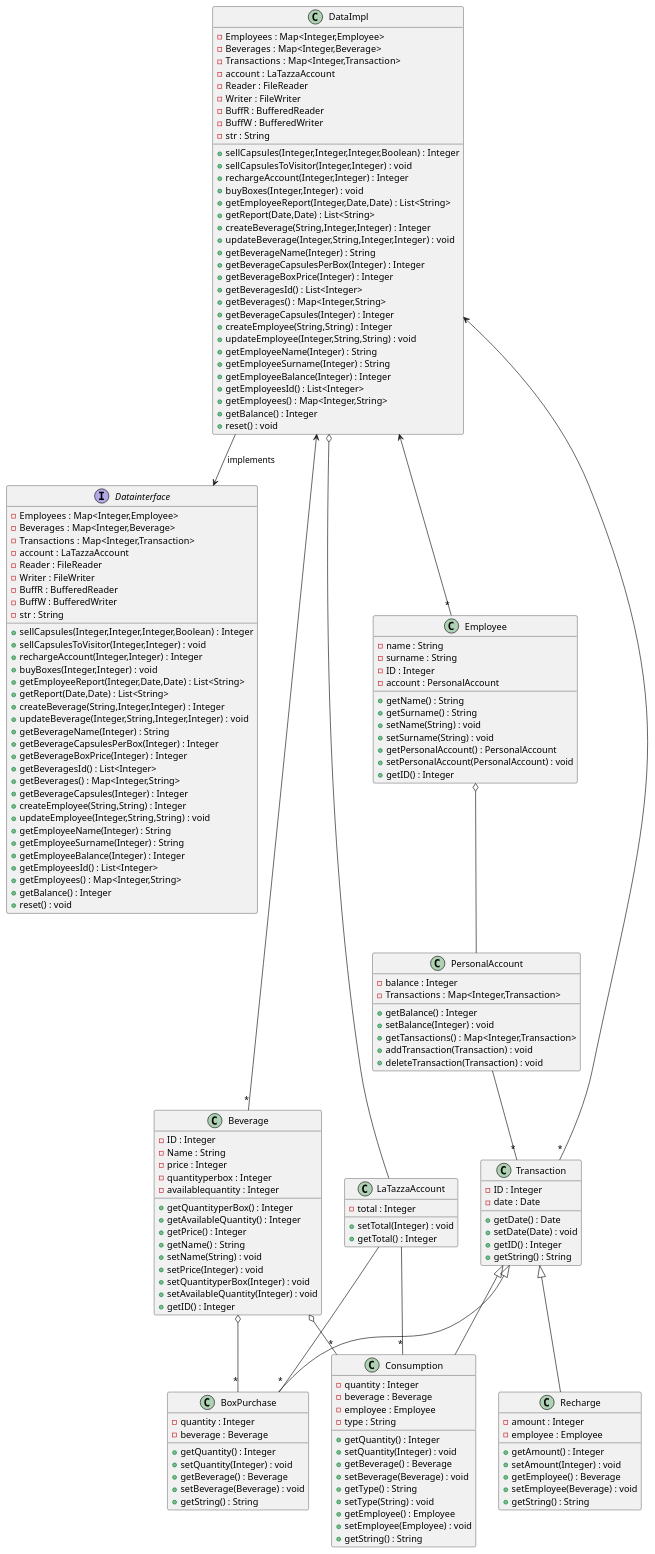
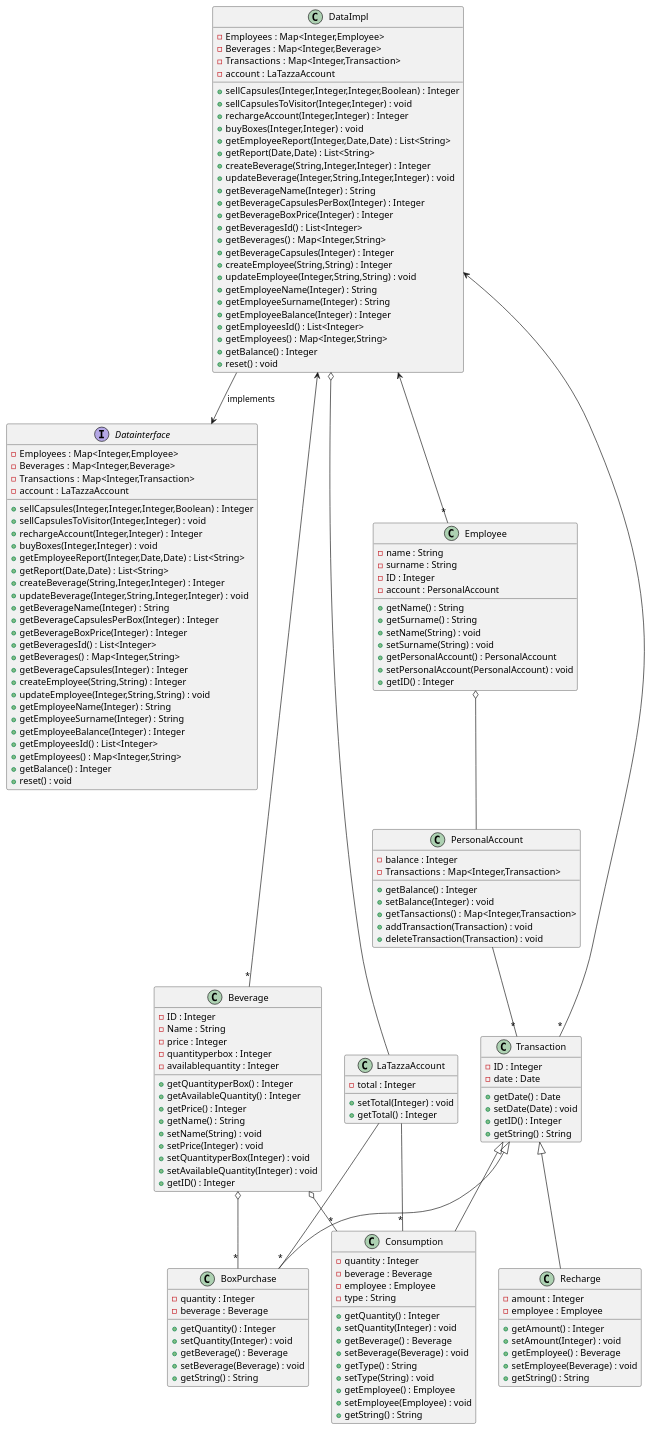
Before and after one commit to salvatore-dimartino/LaTazza: the third of 7 diagrams in templates/DesignDocumentTemplate.md, drawn with PlantUML.

```diff
--- a/templates/DesignDocumentTemplate.md
+++ b/templates/DesignDocumentTemplate.md
@@ -76,11 +76,6 @@
     -Beverages : Map<Integer,Beverage>
     -Transactions : Map<Integer,Transaction>
     -account : LaTazzaAccount
-    -Reader : FileReader
-    -Writer : FileWriter
-    -BuffR : BufferedReader
-    -BuffW : BufferedWriter
-    -str : String
     
     +sellCapsules(Integer,Integer,Integer,Boolean) : Integer
     +sellCapsulesToVisitor(Integer,Integer) : void
@@ -113,11 +108,6 @@
     -Beverages : Map<Integer,Beverage>
     -Transactions : Map<Integer,Transaction>
     -account : LaTazzaAccount
-    -Reader : FileReader
-    -Writer : FileWriter
-    -BuffR : BufferedReader
-    -BuffW : BufferedWriter
-    -str : String
     
     +sellCapsules(Integer,Integer,Integer,Boolean) : Integer
     +sellCapsulesToVisitor(Integer,Integer) : void
```
